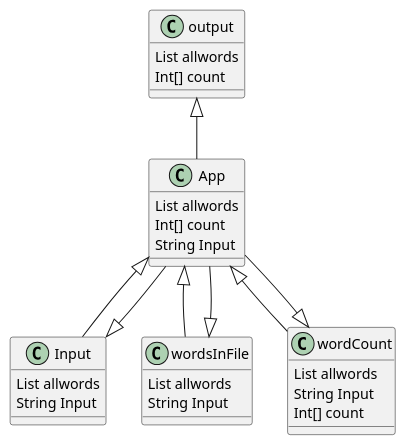
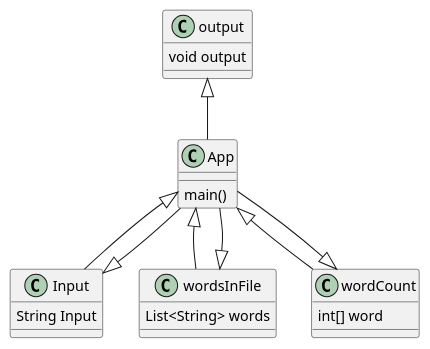
The diagram in src/main/java/ex46/ex46.puml (goodwinalexjr/goodwin-cop3330-assignment3), drawn with PlantUML before and after one commit. The commit also changed 10 other files, not shown here.

```diff
--- a/src/main/java/ex46/ex46.puml
+++ b/src/main/java/ex46/ex46.puml
@@ -1,46 +1,42 @@
 @startuml
 'https://plantuml.com/class-diagram
 
 abstract class App
 abstract class Input
+abstract class wordsInFile
+abstract class wordCount
+abstract class output
 
 Input <|-- App
 App <|-- Input
 
 wordsInFile <|-- App
 App <|-- wordsInFile
 
 wordCount <|-- App
 App <|-- wordCount
 
 output <|-- App
 
 
 class App {
-List allwords
-Int[] count
-String Input
+main()
 }
 
 class Input {
-List allwords
 String Input
 }
 
 class wordsInFile{
-List allwords
-String Input
+List<String> words
 }
 
 class wordCount{
-List allwords
-String Input
-Int[] count
+int[] word
 }
 
 class output{
-List allwords
-Int[] count
+void output
 }
 
 @enduml
```
